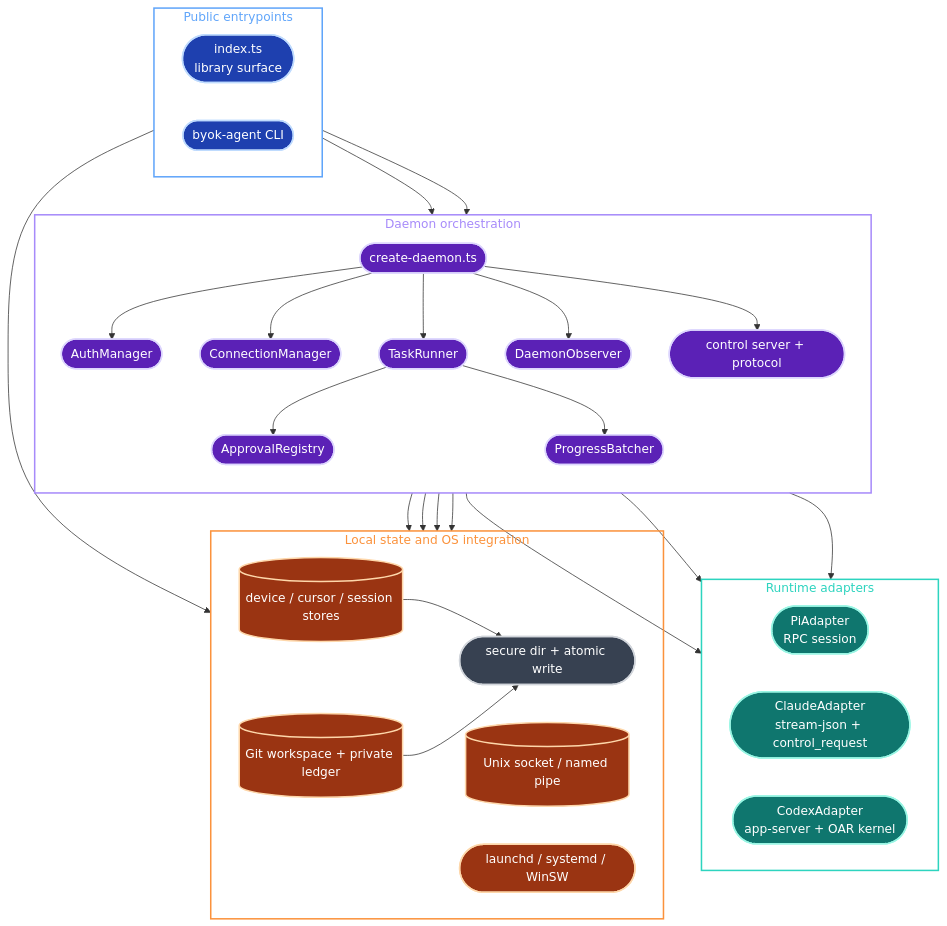
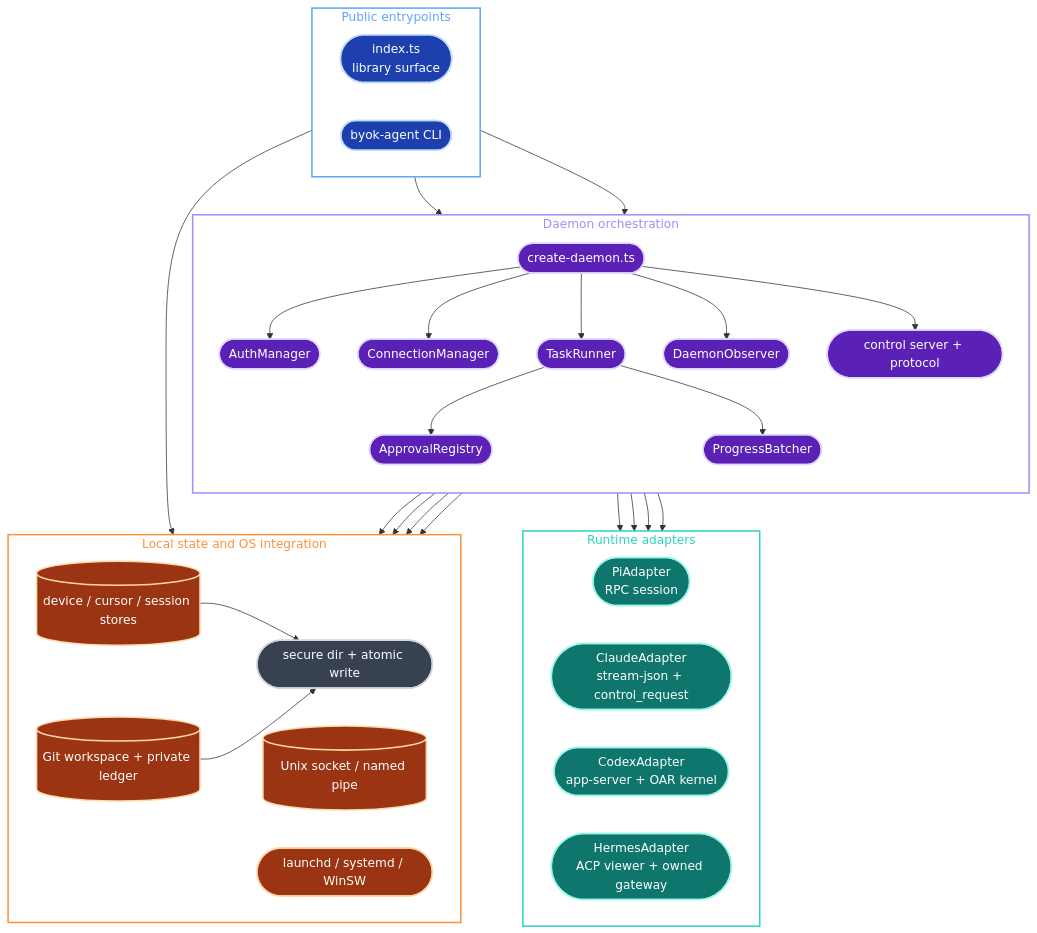
The sixth of 22 diagrams in docs/architecture/sdk-architecture.md (Ancienttwo/byok-sdk), drawn with Mermaid before and after one commit. The commit also changed other lines of this file and 18 other files, not shown here.

First line of the commit message:
feat(client): add HermesAdapter over ACP stdio (#519)

````diff
--- a/docs/architecture/sdk-architecture.md
+++ b/docs/architecture/sdk-architecture.md
@@ -456,67 +456,69 @@
 ```mermaid
 flowchart TB
   classDef cli fill:#1e40af,stroke:#bfdbfe,stroke-width:2px,color:#fff
   classDef daemon fill:#5b21b6,stroke:#ddd6fe,stroke-width:2px,color:#fff
   classDef adapter fill:#0f766e,stroke:#99f6e4,stroke-width:2px,color:#fff
   classDef local fill:#9a3412,stroke:#fed7aa,stroke-width:2px,color:#fff
   classDef utility fill:#374151,stroke:#d1d5db,stroke-width:2px,color:#fff
 
   subgraph Entry["Public entrypoints"]
     direction LR
     API(["index.ts<br/>library surface"]):::cli
     AgentCLI(["byok-agent CLI"]):::cli
   end
 
   subgraph Core["Daemon orchestration"]
     direction TB
     Create(["create-daemon.ts"]):::daemon
     Auth(["AuthManager"]):::daemon
     Conn(["ConnectionManager"]):::daemon
     Runner(["TaskRunner"]):::daemon
     Observer(["DaemonObserver"]):::daemon
     Control(["control server + protocol"]):::daemon
     Approval(["ApprovalRegistry"]):::daemon
     Batch(["ProgressBatcher"]):::daemon
   end
 
   subgraph Runtime["Runtime adapters"]
     direction LR
     Pi(["PiAdapter<br/>RPC session"]):::adapter
     Claude(["ClaudeAdapter<br/>stream-json + control_request"]):::adapter
     Codex(["CodexAdapter<br/>app-server + OAR kernel"]):::adapter
+    Hermes(["HermesAdapter<br/>ACP viewer + owned gateway"]):::adapter
   end
 
   subgraph Local["Local state and OS integration"]
     direction LR
     Stores[("device / cursor / session stores")]:::local
     Git[("Git workspace + private ledger")]:::local
     IPC[("Unix socket / named pipe")]:::local
     Service(["launchd / systemd / WinSW"]):::local
     Secure(["secure dir + atomic write"]):::utility
   end
 
   API --> Create
   AgentCLI --> Create
   AgentCLI --> Service
   Create --> Auth
   Create --> Conn
   Create --> Runner
   Create --> Observer
   Create --> Control
   Runner --> Approval
   Runner --> Batch
   Runner --> Pi
   Runner --> Claude
   Runner --> Codex
+  Runner --> Hermes
   Auth --> Stores
   Conn --> Stores
   Runner --> Git
   Control --> IPC
   Stores --> Secure
   Git --> Secure
 
   style Entry fill:none,stroke:#60a5fa,stroke-width:2px,color:#60a5fa
   style Core fill:none,stroke:#a78bfa,stroke-width:2px,color:#a78bfa
   style Runtime fill:none,stroke:#2dd4bf,stroke-width:2px,color:#2dd4bf
   style Local fill:none,stroke:#fb923c,stroke-width:2px,color:#fb923c
 ```
````
